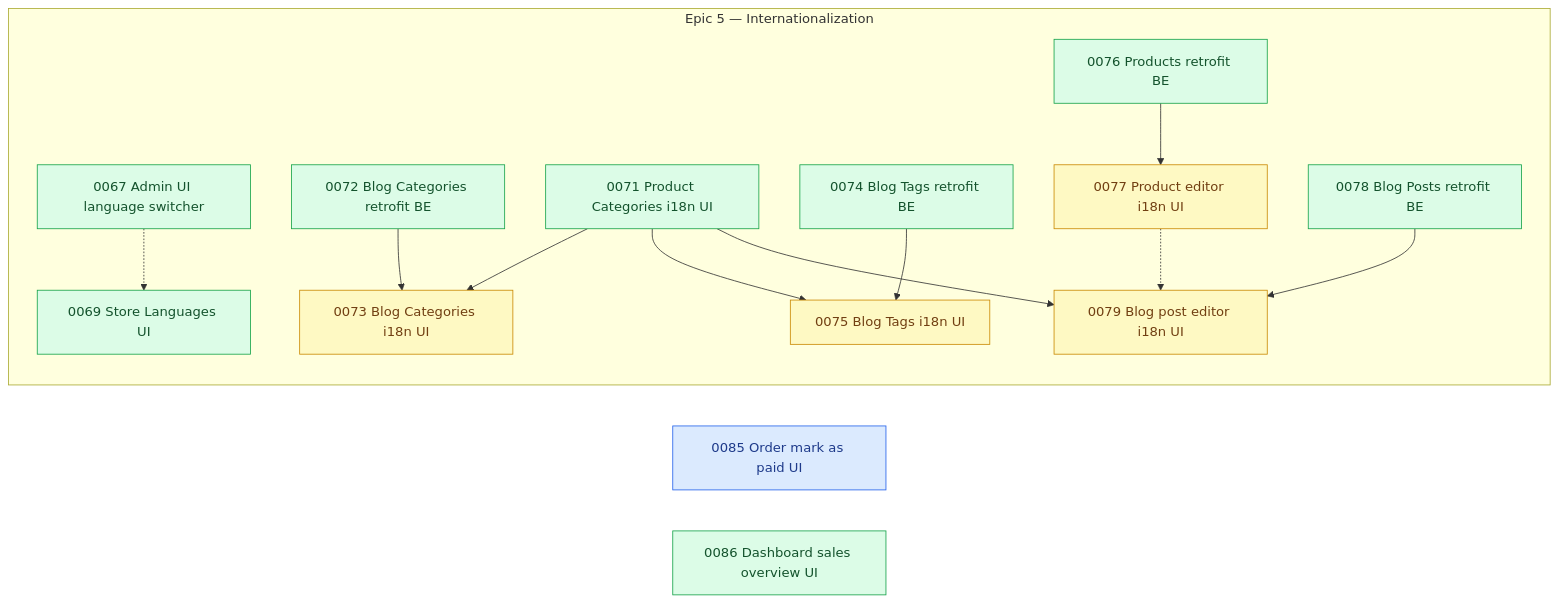
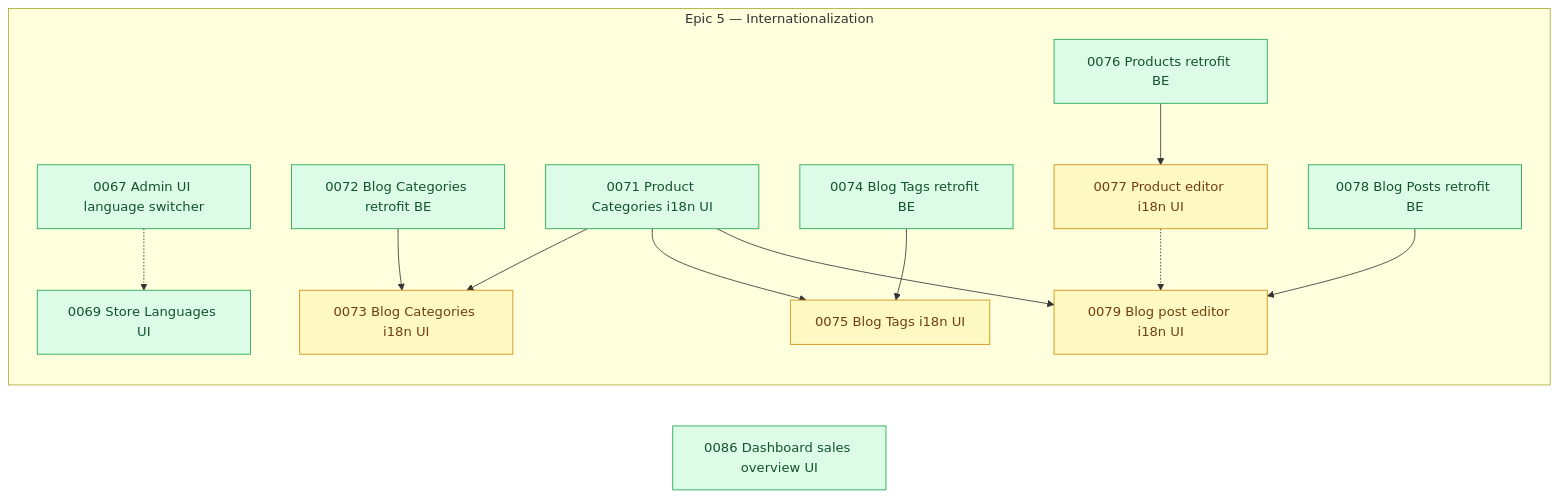
The diagram in arospe/ai-spec/tasks-map.md (shojen/AI4Devs-finalproject), drawn with Mermaid before and after one commit. The commit also changed other lines of this file and 7 other files, not shown here.

````diff
--- a/arospe/ai-spec/tasks-map.md
+++ b/arospe/ai-spec/tasks-map.md
@@ -524,7 +526,6 @@
     end
 
     %% Standalone (no PRD epic)
-    P0085["0085 Order mark as paid UI"]
     %% (P0082's own node dropped: 0082 closed to done/ this pass, per the update at the top of this file.)
     P0086["0086 Dashboard sales overview UI"]
     %% (P0081's own node dropped: 0081 closed to done/ this pass, per the update at the top of this
@@ -595,11 +596,10 @@
     P0071 --> P0079
     P0077 -.-> P0079
     %% (P0082 --> P0083 and P0082 -.-> P0076/P0078 dropped: 0082 is done; 0083 is now ready.)
-    %% (P0084 --> P0085 dropped: 0084 is done; 0085 is now ready.)
+    %% (P0084 --> P0085 dropped: 0084 is done; 0085 is done too.)
     %% (P0083 -.-> P0085 and P0083 --> P0086 dropped: 0083 is done; 0086 is now ready.)
 
     class P0073,P0075,P0077,P0079 pending;
     class P0067,P0069,P0071,P0072,P0074,P0076,P0078,P0086 ready;
-    class P0085 claimed;
 
 ```
````
